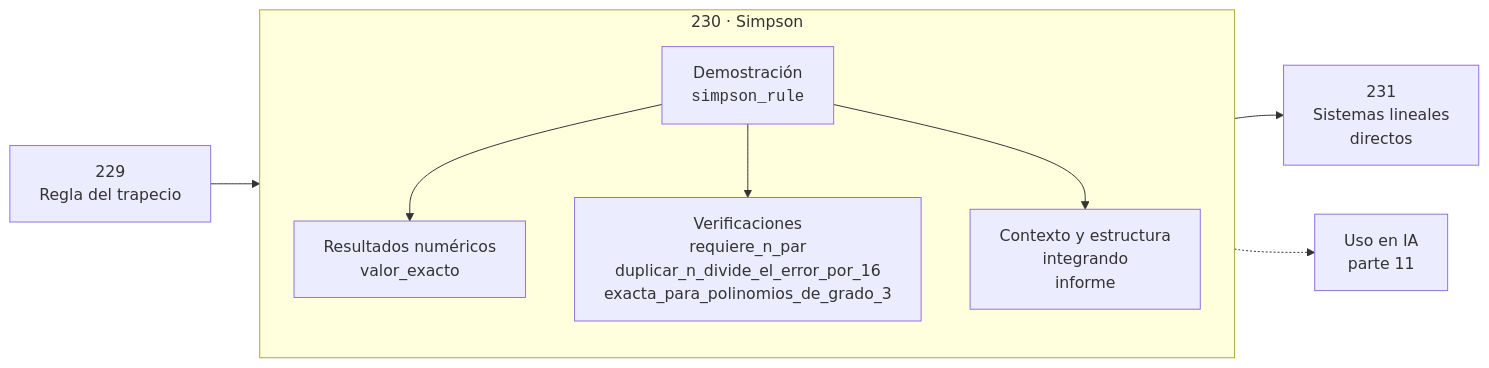
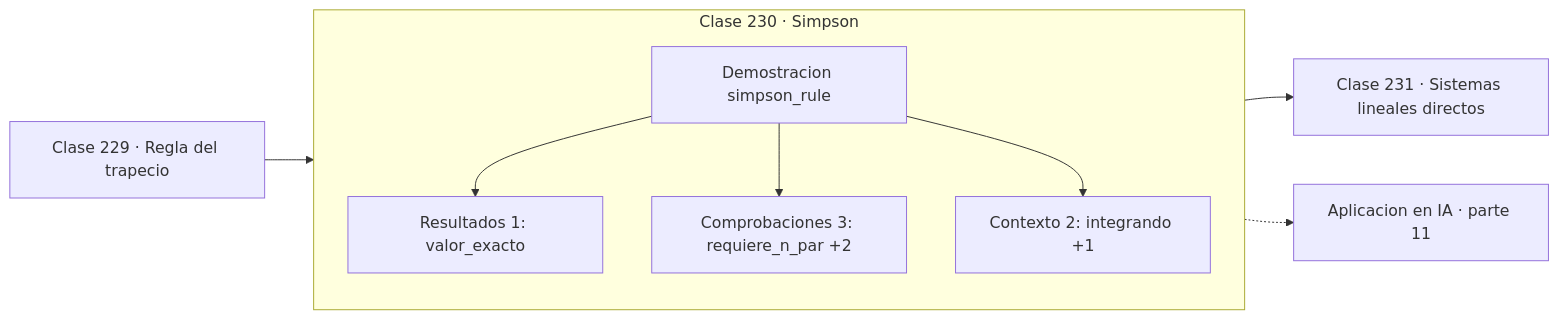
The diagram in classes/part-11-metodos-numericos-y-computacion-cientifica/230-simpson/README.md (vladimiracunadev-create/computational-mathematics-program), drawn with Mermaid before and after one commit. The commit also changed 389 other files, not shown here.

First line of the commit message:
fix(diagramas): elimina el HTML de las etiquetas Mermaid

````diff
--- a/classes/part-11-metodos-numericos-y-computacion-cientifica/230-simpson/README.md
+++ b/classes/part-11-metodos-numericos-y-computacion-cientifica/230-simpson/README.md
@@ -30,12 +30,13 @@
 ```mermaid
 flowchart LR
-    P["229<br/>Regla del trapecio"] --> C
-    subgraph C["230 · Simpson"]
+    P["Clase 229 · Regla del trapecio"] --> D
+    subgraph CLASE["Clase 230 · Simpson"]
         direction TB
-        D["Demostración<br/><code>simpson_rule</code>"] --> R["Resultados numéricos<br/>valor_exacto"]
-        D --> V["Verificaciones<br/>requiere_n_par<br/>duplicar_n_divide_el_error_por_16<br/>exacta_para_polinomios_de_grado_3"]
-        D --> O["Contexto y estructura<br/>integrando<br/>informe"]
+        D["Demostracion simpson_rule"]
+        D --> R["Resultados 1: valor_exacto"]
+        D --> V["Comprobaciones 3: requiere_n_par +2"]
+        D --> O["Contexto 2: integrando +1"]
     end
-    C --> N["231<br/>Sistemas lineales<br/>directos"]
-    C -.-> IA["Uso en IA<br/>parte 11"]
+    R --> N["Clase 231 · Sistemas lineales directos"]
+    V -.-> IA["Aplicacion en IA · parte 11"]
 ```
````
